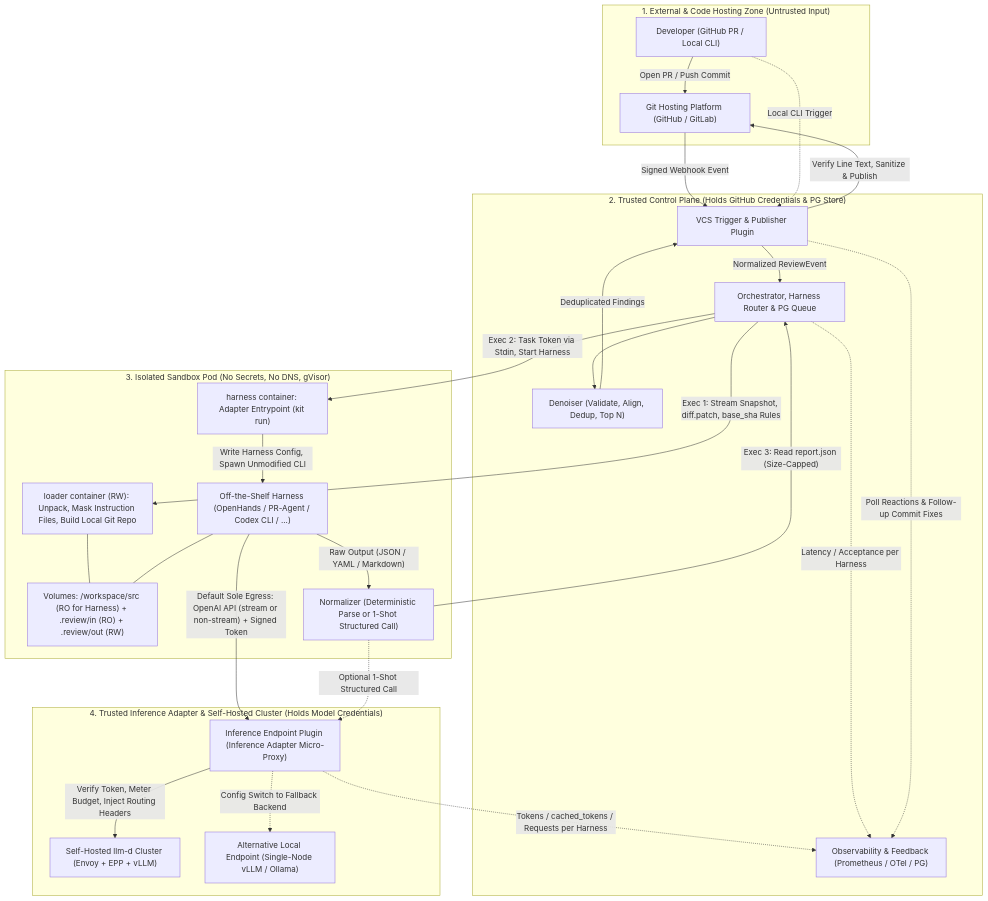
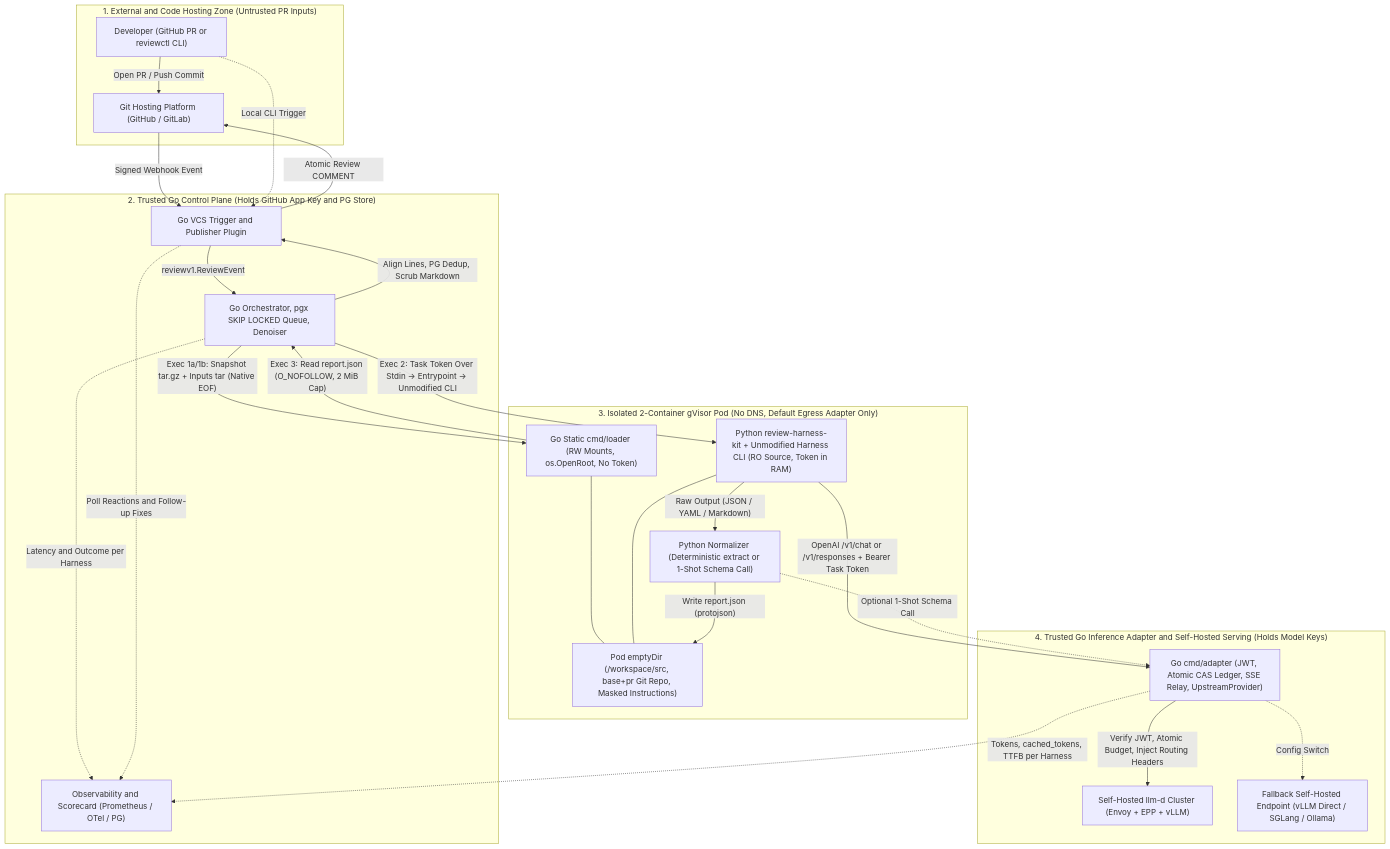
Before and after one commit to zetxqx/review-agent-infra: the first of 6 diagrams in docs/design/hld.md, drawn with Mermaid. The commit also changed other lines of this file and 12 other files, not shown here.

Commit message:
Define Protobuf single-source-of-truth contracts with Go control-plane infrastructure and Python off-the-shelf harness adapters.

````diff
--- a/docs/design/hld.md
+++ b/docs/design/hld.md
@@ -39,50 +32,47 @@
 ```mermaid
 flowchart TB
-    subgraph SG_EXT ["1. External & Code Hosting Zone (Untrusted Input)"]
-        Dev["Developer (GitHub PR / Local CLI)"]
+    subgraph SG_EXT ["1. External and Code Hosting Zone (Untrusted PR Inputs)"]
+        Dev["Developer (GitHub PR or reviewctl CLI)"]
         GitHost["Git Hosting Platform (GitHub / GitLab)"]
     end
 
-    subgraph SG_CTRL ["2. Trusted Control Plane (Holds GitHub Credentials & PG Store)"]
-        VCS["VCS Trigger & Publisher Plugin"]
-        Orch["Orchestrator, Harness Router & PG Queue"]
-        Denoise["Denoiser (Validate, Align, Dedup, Top N)"]
-        Obs["Observability & Feedback (Prometheus / OTel / PG)"]
+    subgraph SG_CTRL ["2. Trusted Go Control Plane (Holds GitHub App Key and PG Store)"]
+        VCS["Go VCS Trigger and Publisher Plugin"]
+        Orch["Go Orchestrator, pgx SKIP LOCKED Queue, Denoiser"]
+        Obs["Observability and Scorecard (Prometheus / OTel / PG)"]
     end
 
-    subgraph SG_SANDBOX ["3. Isolated Sandbox Pod (No Secrets, No DNS, gVisor)"]
-        Loader["loader container (RW): Unpack, Mask Instruction Files, Build Local Git Repo"]
-        Workspace["Volumes: /workspace/src (RO for Harness) + .review/in (RO) + .review/out (RW)"]
-        Entry["harness container: Adapter Entrypoint (kit run)"]
-        Harness["Off-the-Shelf Harness (OpenHands / PR-Agent / Codex CLI / ...)"]
-        Norm["Normalizer (Deterministic Parse or 1-Shot Structured Call)"]
+    subgraph SG_SANDBOX ["3. Isolated 2-Container gVisor Pod (No DNS, Default Egress Adapter Only)"]
+        Loader["Go Static cmd/loader (RW Mounts, os.OpenRoot, No Token)"]
+        Workspace["Pod emptyDir (/workspace/src, base+pr Git Repo, Masked Instructions)"]
+        Harness["Python review-harness-kit + Unmodified Harness CLI (RO Source, Token in RAM)"]
+        Norm["Python Normalizer (Deterministic extract or 1-Shot Schema Call)"]
     end
 
-    subgraph SG_INFER ["4. Trusted Inference Adapter & Self-Hosted Cluster (Holds Model Credentials)"]
-        Infer["Inference Endpoint Plugin (Inference Adapter Micro-Proxy)"]
+    subgraph SG_INFER ["4. Trusted Go Inference Adapter and Self-Hosted Serving (Holds Model Keys)"]
+        Infer["Go cmd/adapter (JWT, Atomic CAS Ledger, SSE Relay, UpstreamProvider)"]
         LLMD["Self-Hosted llm-d Cluster (Envoy + EPP + vLLM)"]
-        LocalLLM["Alternative Local Endpoint (Single-Node vLLM / Ollama)"]
+        LocalLLM["Fallback Self-Hosted Endpoint (vLLM Direct / SGLang / Ollama)"]
     end
 
     Dev -->|"Open PR / Push Commit"| GitHost
     GitHost -->|"Signed Webhook Event"| VCS
     Dev -.->|"Local CLI Trigger"| VCS
-    VCS -->|"Normalized ReviewEvent"| Orch
-    Orch -->|"Exec 1: Stream Snapshot, diff.patch, base_sha Rules"| Loader
+    VCS -->|"reviewv1.ReviewEvent"| Orch
+    Orch -->|"Exec 1a/1b: Snapshot tar.gz + Inputs tar (Native EOF)"| Loader
     Loader --- Workspace
-    Orch -->|"Exec 2: Task Token via Stdin, Start Harness"| Entry
-    Entry -->|"Write Harness Config, Spawn Unmodified CLI"| Harness
+    Orch -->|"Exec 2: Task Token Over Stdin -> Entrypoint -> Unmodified CLI"| Harness
     Harness --- Workspace
     Harness -->|"Raw Output (JSON / YAML / Markdown)"| Norm
-    Norm -->|"Exec 3: Read report.json (Size-Capped)"| Orch
-    Harness -->|"Default Sole Egress: OpenAI API (stream or non-stream) + Signed Token"| Infer
-    Norm -.->|"Optional 1-Shot Structured Call"| Infer
-    Infer -->|"Verify Token, Meter Budget, Inject Routing Headers"| LLMD
-    Infer -.->|"Config Switch to Fallback Backend"| LocalLLM
-    Orch --> Denoise
-    Denoise -->|"Deduplicated Findings"| VCS
-    VCS -->|"Verify Line Text, Sanitize & Publish"| GitHost
-    Infer -.->|"Tokens / cached_tokens / Requests per Harness"| Obs
-    Orch -.->|"Latency / Acceptance per Harness"| Obs
-    VCS -.->|"Poll Reactions & Follow-up Commit Fixes"| Obs
+    Norm -->|"Write report.json (protojson)"| Workspace
+    Loader -->|"Exec 3: Read report.json (O_NOFOLLOW, 2 MiB Cap)"| Orch
+    Harness -->|"OpenAI /v1/chat or /v1/responses + Bearer Task Token"| Infer
+    Norm -.->|"Optional 1-Shot Schema Call"| Infer
+    Infer -->|"Verify JWT, Atomic Budget, Inject Routing Headers"| LLMD
+    Infer -.->|"Config Switch"| LocalLLM
+    Orch -->|"Align Lines, PG Dedup, Scrub Markdown"| VCS
+    VCS -->|"Atomic Review COMMENT"| GitHost
+    Infer -.->|"Tokens, cached_tokens, TTFB per Harness"| Obs
+    Orch -.->|"Latency and Outcome per Harness"| Obs
+    VCS -.->|"Poll Reactions and Follow-up Fixes"| Obs
 ```
````
